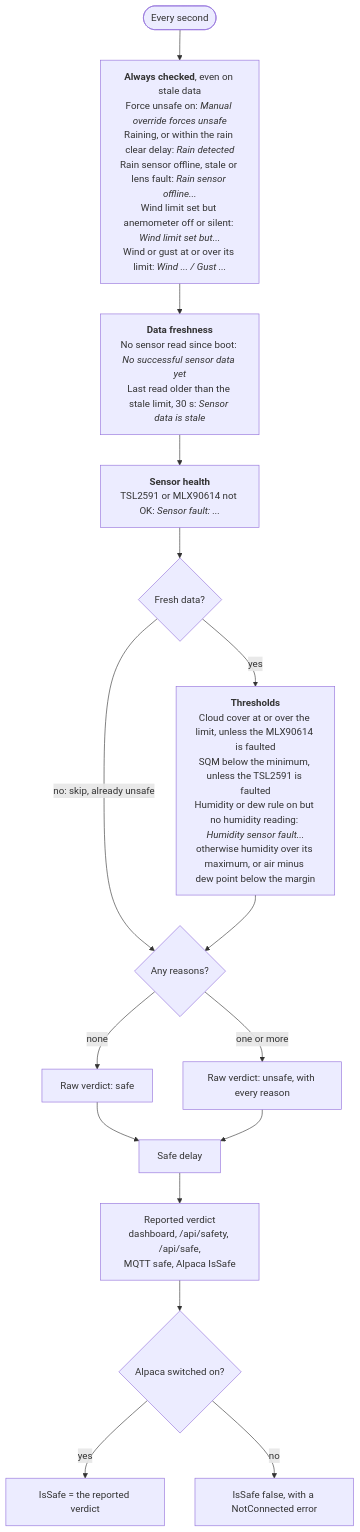
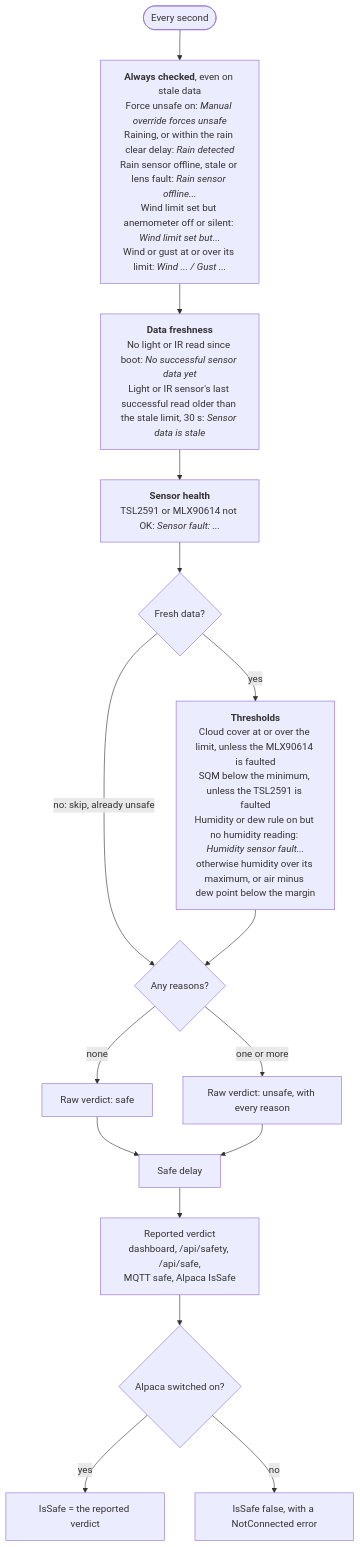
Before and after one commit to DeanJ87/SQMeter: the second of 3 diagrams in docs/user-guide/alpaca.md, drawn with Mermaid. The commit also changed other lines of this file and 6 other files, not shown here.

First line of the commit message:
fix(safety): stale data means the light/IR sensors stopped reading, not the loop; wrap-safe safe delay

````diff
--- a/docs/user-guide/alpaca.md
+++ b/docs/user-guide/alpaca.md
@@ -130,21 +130,21 @@
 ```mermaid
 flowchart TB
     accTitle: How the safety verdict is decided
     accDescr: Every second all enabled rules are checked and each failing rule adds a reason. Rain and wind are always checked, then data freshness and sensor health; the threshold rules only run on fresh data. Any reason makes the raw verdict unsafe, which then passes through the safe delay.
     START(["Every second"]) --> ALWAYS
     ALWAYS["<b>Always checked</b>, even on stale data<br/>Force unsafe on: <i>Manual override forces unsafe</i><br/>Raining, or within the rain clear delay: <i>Rain detected</i><br/>Rain sensor offline, stale or lens fault: <i>Rain sensor offline...</i><br/>Wind limit set but anemometer off or silent: <i>Wind limit set but...</i><br/>Wind or gust at or over its limit: <i>Wind ... / Gust ...</i>"]
-    ALWAYS --> FRESHNESS["<b>Data freshness</b><br/>No sensor read since boot: <i>No successful sensor data yet</i><br/>Last read older than the stale limit, 30 s: <i>Sensor data is stale</i>"]
+    ALWAYS --> FRESHNESS["<b>Data freshness</b><br/>No light or IR read since boot: <i>No successful sensor data yet</i><br/>Light or IR sensor's last successful read older than the stale limit, 30 s: <i>Sensor data is stale</i>"]
     FRESHNESS --> HEALTH["<b>Sensor health</b><br/>TSL2591 or MLX90614 not OK: <i>Sensor fault: ...</i>"]
     HEALTH --> FRESH{"Fresh data?"}
     FRESH -->|yes| THRESHOLDS["<b>Thresholds</b><br/>Cloud cover at or over the limit, unless the MLX90614 is faulted<br/>SQM below the minimum, unless the TSL2591 is faulted<br/>Humidity or dew rule on but no humidity reading: <i>Humidity sensor fault...</i><br/>otherwise humidity over its maximum, or air minus dew point below the margin"]
     FRESH -->|"no: skip, already unsafe"| ANY
     THRESHOLDS --> ANY{"Any reasons?"}
     ANY -->|none| RAWSAFE["Raw verdict: safe"]
     ANY -->|one or more| RAWUNSAFE["Raw verdict: unsafe, with every reason"]
     RAWSAFE --> DELAY["Safe delay"]
     RAWUNSAFE --> DELAY
     DELAY --> REPORTED["Reported verdict<br/>dashboard, /api/safety, /api/safe,<br/>MQTT safe, Alpaca IsSafe"]
     REPORTED --> ALPACA{"Alpaca switched on?"}
     ALPACA -->|yes| ISSAFE["IsSafe = the reported verdict"]
     ALPACA -->|no| NOTCONNECTED["IsSafe false, with a NotConnected error"]
 ```
````
